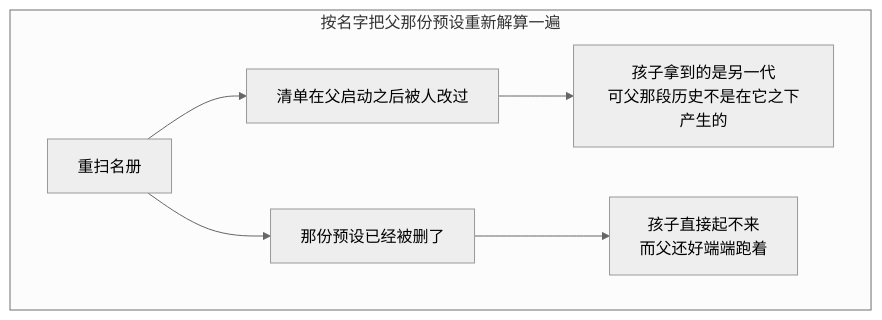
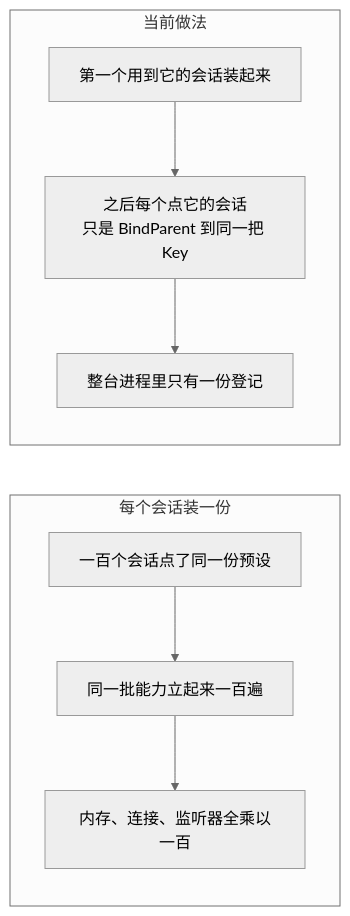
One commit to snight1983/ds-harness-go changed diagram 18 of 25 in docs/modules/presets.md. Above: the diagram before and after it, drawn with Mermaid (neutral theme). The commit also changed other lines of this file and 25 other files, not shown here.

````diff
--- a/docs/modules/presets.md
+++ b/docs/modules/presets.md
@@ -216,7 +326,11 @@
 ```mermaid
-flowchart TD
-    subgraph BADC["按名字把父那份预设重新解算一遍"]
-        A1["重扫名册"] --> A2["清单在父启动之后被人改过"] --> A3["孩子拿到的是另一代<br/>可父那段历史不是在它之下产生的"]
-        A1 --> A4["那份预设已经被删了"] --> A5["孩子直接起不来<br/>而父还好端端跑着"]
+flowchart LR
+    subgraph BAD["每个会话装一份"]
+        A1["一百个会话点了同一份预设"] --> A2["同一批能力立起来一百遍"]
+        A2 --> A3["内存、连接、监听器全乘以一百"]
+    end
+    subgraph GOOD["当前做法"]
+        B1["第一个用到它的会话装起来"] --> B2["之后每个点它的会话<br/>只是 BindParent 到同一把 Key"]
+        B2 --> B3["整台进程里只有一份登记"]
     end
 ```
````
